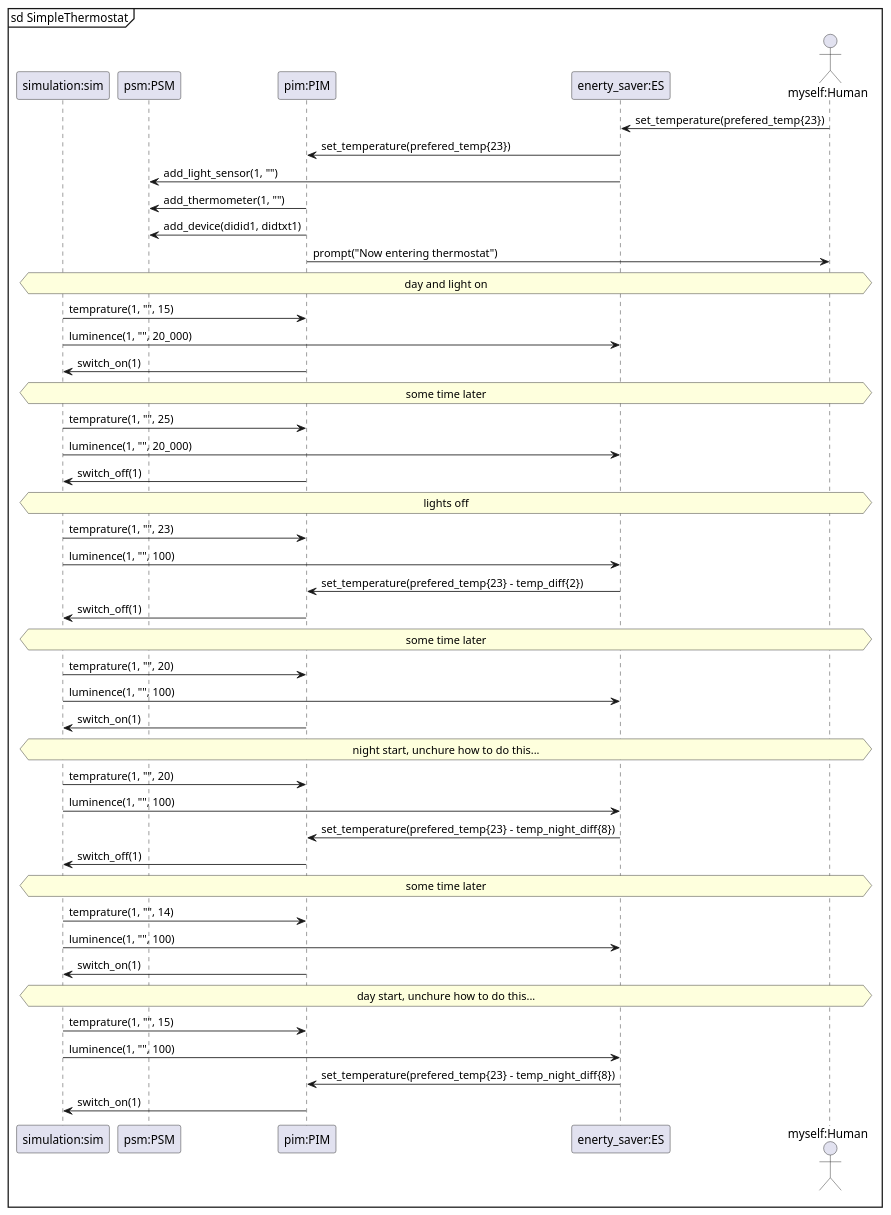
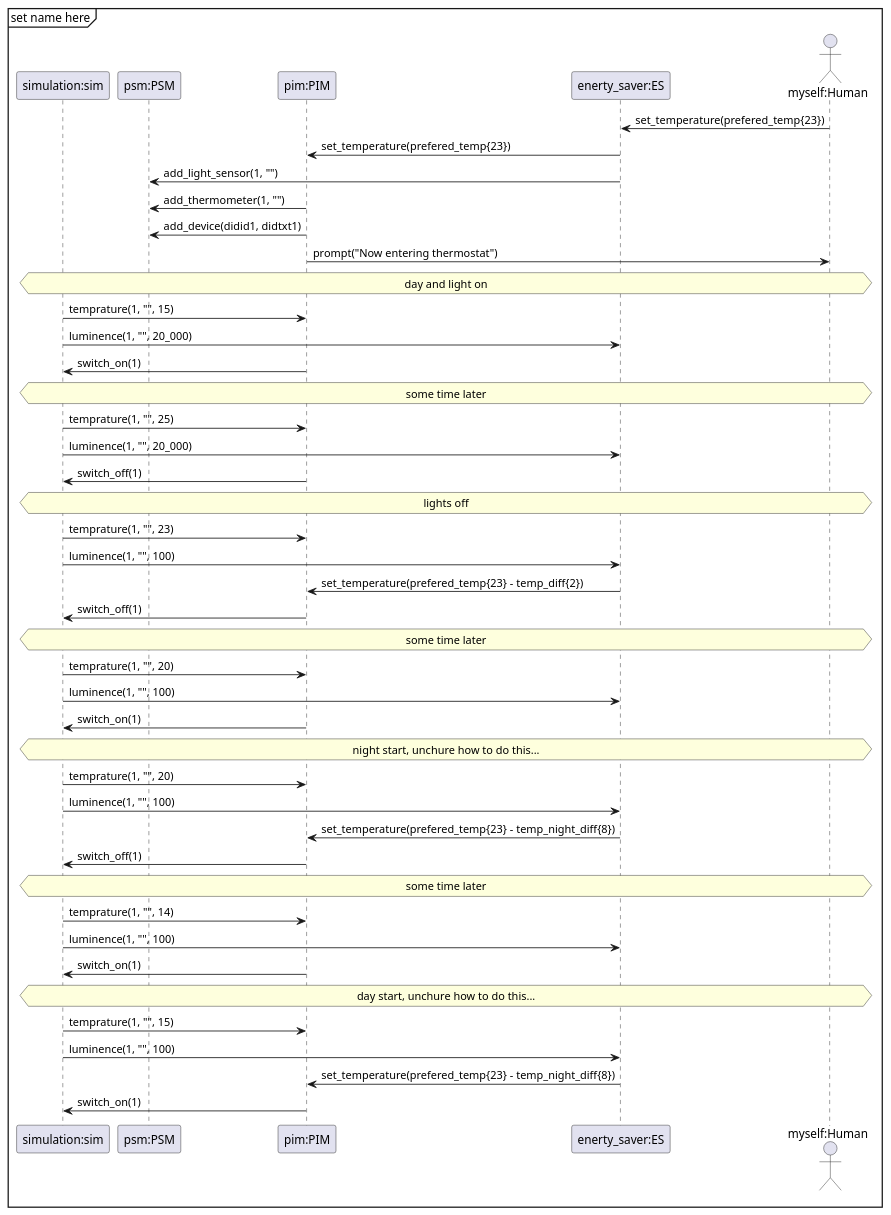
Before and after one commit to Tobhal/HIOF-Models-and-Digital-Twins: the diagram in Oblig1/sequence diagram normal day.plantuml, drawn with PlantUML. The commit also changed 2 other files, not shown here.

Commit message:
Change name to a temp name

```diff
--- a/Oblig1/sequence diagram normal day.plantuml
+++ b/Oblig1/sequence diagram normal day.plantuml
@@ -1,75 +1,75 @@
 @startuml sequense diagram
-mainframe sd SimpleThermostat
+mainframe set name here
 
 participant "simulation:sim" as sim
 participant "psm:PSM" as psm
 participant "pim:PIM" as pim
 participant "enerty_saver:ES" as es
 actor "myself:Human" as human
 
 'Set preferred temp
 es <- human: set_temperature(prefered_temp{23})
 pim <- es: set_temperature(prefered_temp{23})
 
 psm <- es: add_light_sensor(1, "")
 
 psm <- pim: add_thermometer(1, "")
 psm <- pim: add_device(didid1, didtxt1)
 
 pim -> human: prompt("Now entering thermostat")
 
 hnote across: day and light on
+'setup compleat
 
-'setup compleat
 sim -> pim: temprature(1, "", 15)
 sim -> es: luminence(1, "", 20_000)
 sim <- pim: switch_on(1)
 
 hnote across: some time later
 
 sim -> pim: temprature(1, "", 25)
 sim -> es: luminence(1, "", 20_000)
 sim <- pim: switch_off(1)
 
 hnote across: lights off
 
 sim -> pim: temprature(1, "", 23)
 sim -> es: luminence(1, "", 100)
 
 pim <- es: set_temperature(prefered_temp{23} - temp_diff{2})
 
 sim <- pim: switch_off(1)
 
 hnote across: some time later
 
 sim -> pim: temprature(1, "", 20)
 sim -> es: luminence(1, "", 100)
 sim <- pim: switch_on(1)
 
 hnote across: night start, unchure how to do this...
 
 sim -> pim: temprature(1, "", 20)
 sim -> es: luminence(1, "", 100)
 
 pim <- es: set_temperature(prefered_temp{23} - temp_night_diff{8})
 sim <- pim: switch_off(1)
 
 hnote across: some time later
 
 sim -> pim: temprature(1, "", 14)
 sim -> es: luminence(1, "", 100)
 
 sim <- pim: switch_on(1)
 
 hnote across: day start, unchure how to do this...
 
 sim -> pim: temprature(1, "", 15)
 sim -> es: luminence(1, "", 100)
 
 pim <- es: set_temperature(prefered_temp{23} - temp_night_diff{8})
 sim <- pim: switch_on(1)
 
 
 
 
 @enduml
```
